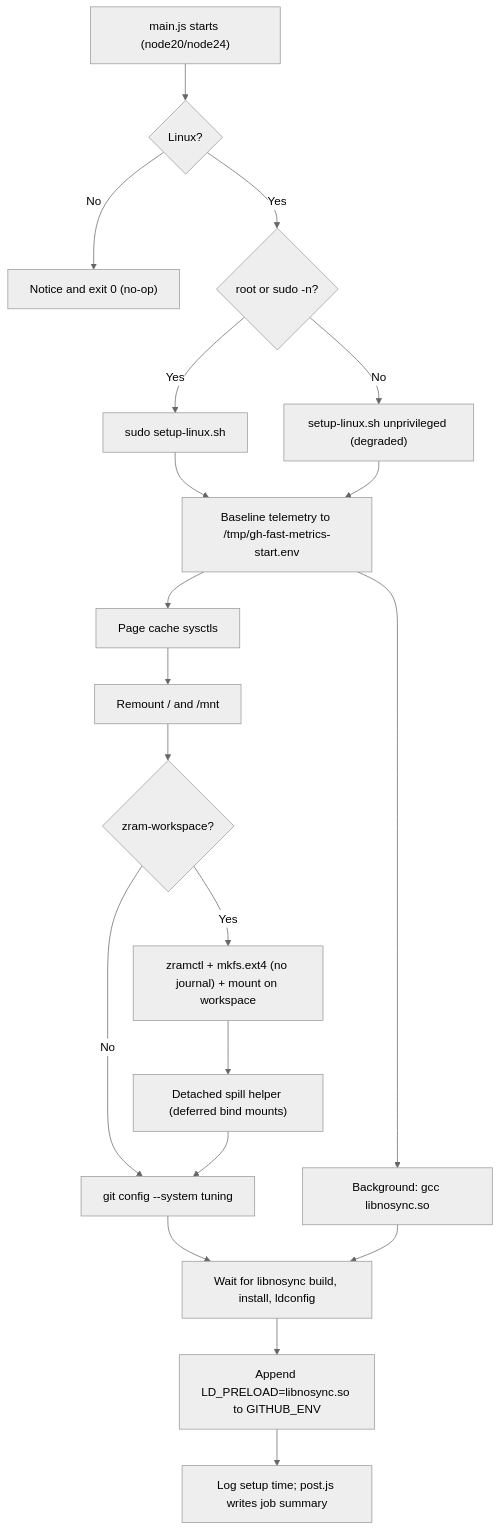
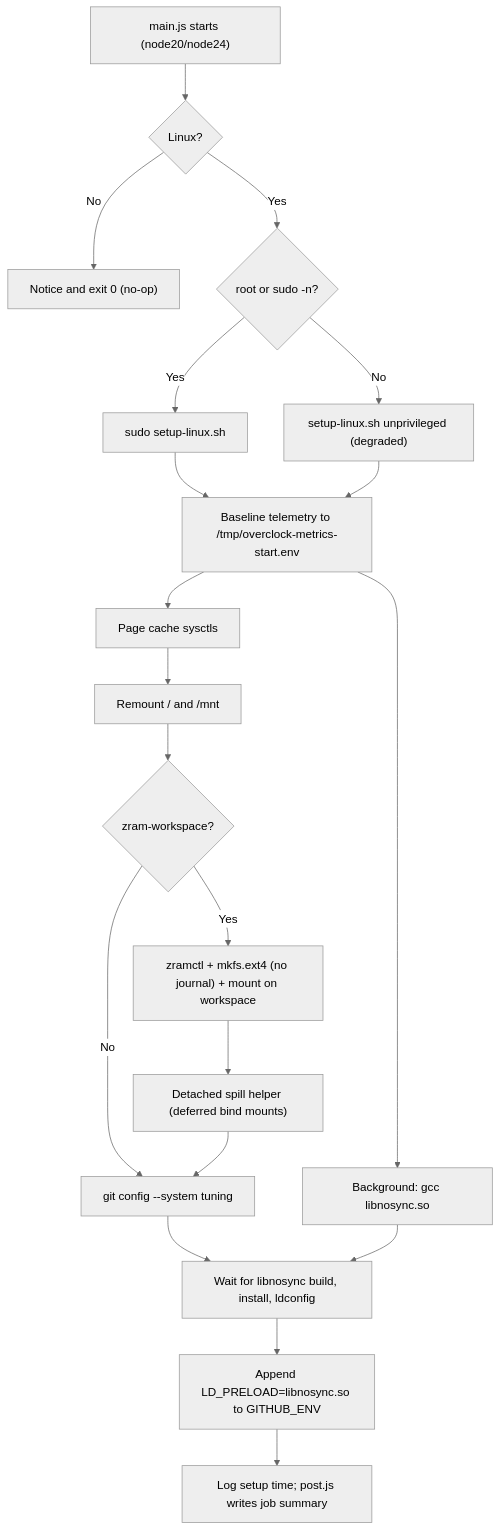
One commit to boazberman/make-github-action-fast changed the diagram in README.md. Above: the diagram before and after it, drawn with Mermaid (neutral theme). The commit also changed other lines of this file and 9 other files, not shown here.

````diff
--- a/README.md
+++ b/README.md
@@ -152,22 +152,22 @@
 ```mermaid
 flowchart TD
     Start["main.js starts (node20/node24)"] --> PlatCheck{"Linux?"}
     PlatCheck -- No --> Skip["Notice and exit 0 (no-op)"]
     PlatCheck -- Yes --> Priv{"root or sudo -n?"}
     Priv -- Yes --> Script["sudo setup-linux.sh"]
     Priv -- No --> Degraded["setup-linux.sh unprivileged (degraded)"]
-    Script --> Baseline["Baseline telemetry to /tmp/gh-fast-metrics-start.env"]
+    Script --> Baseline["Baseline telemetry to /tmp/overclock-metrics-start.env"]
     Degraded --> Baseline
     Baseline --> Bld["Background: gcc libnosync.so"]
     Baseline --> Sysctl["Page cache sysctls"]
     Sysctl --> Remount["Remount / and /mnt"]
     Remount --> ZramCheck{"zram-workspace?"}
     ZramCheck -- Yes --> ZramInit["zramctl + mkfs.ext4 (no journal) + mount on workspace"]
     ZramInit --> SpillHelper["Detached spill helper (deferred bind mounts)"]
     ZramCheck -- No --> GitCfg["git config --system tuning"]
     SpillHelper --> GitCfg
     GitCfg --> WaitLib["Wait for libnosync build, install, ldconfig"]
     Bld --> WaitLib
     WaitLib --> ExportEnv["Append LD_PRELOAD=libnosync.so to GITHUB_ENV"]
     ExportEnv --> Done["Log setup time; post.js writes job summary"]
 ```
````
